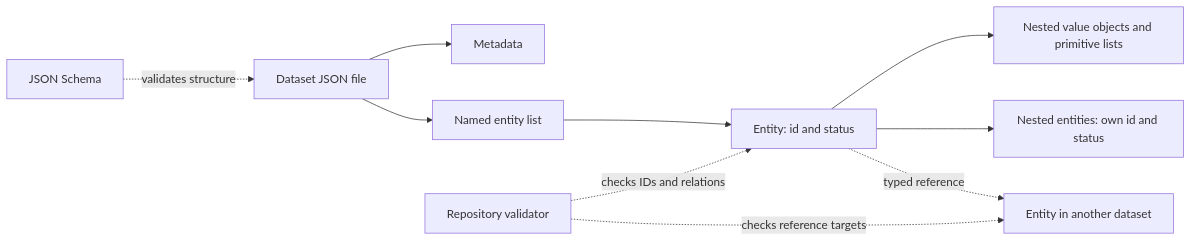
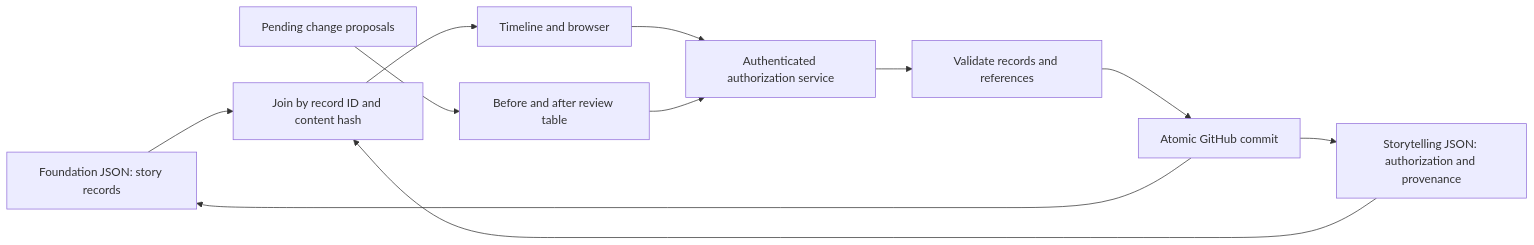
One commit to venwry/aion_logix changed the diagram in DATA_MODEL_PRINCIPLES.md. Above: the diagram before and after it, drawn with Mermaid. The commit also changed other lines of this file and 91 other files, not shown here.

Commit message:
Separate story and authoring data and add authenticated GitHub authorization

````diff
--- a/DATA_MODEL_PRINCIPLES.md
+++ b/DATA_MODEL_PRINCIPLES.md
@@ -161,12 +24,13 @@
 ```mermaid
 flowchart LR
-    File[Dataset JSON file] --> Metadata[Metadata]
-    File --> Records[Named entity list]
-    Records --> Entity[Entity: id and status]
-    Entity --> Values[Nested value objects and primitive lists]
-    Entity --> Children[Nested entities: own id and status]
-    Entity -. typed reference .-> Target[Entity in another dataset]
-    Schema[JSON Schema] -. validates structure .-> File
-    Validator[Repository validator] -. checks IDs and relations .-> Entity
-    Validator -. checks reference targets .-> Target
+  F[Foundation JSON: story records] --> J[Join by record ID and content hash]
+  S[Storytelling JSON: authorization and provenance] --> J
+  J --> UI[Timeline and browser]
+  P[Pending change proposals] --> R[Before and after review table]
+  UI --> A[Authenticated authorization service]
+  R --> A
+  A --> V[Validate records and references]
+  V --> G[Atomic GitHub commit]
+  G --> F
+  G --> S
 ```
````
